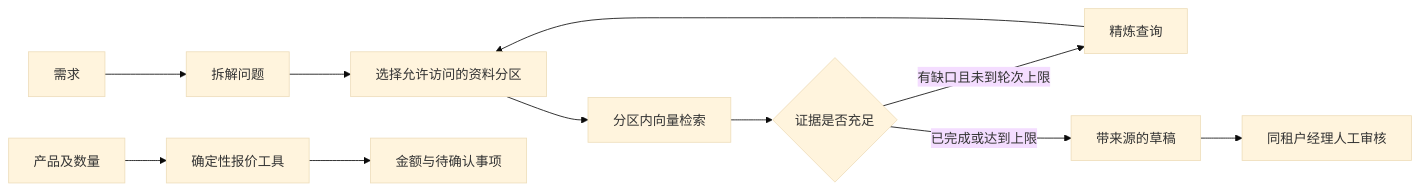
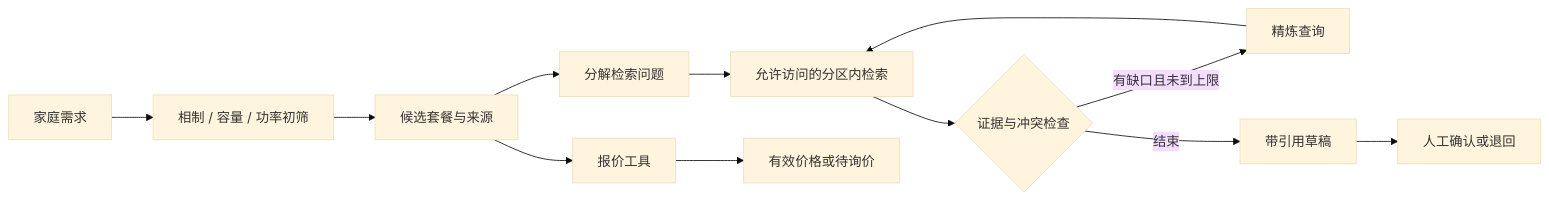
The diagram in README.md (Ethan071711/presales-research-agent), drawn with Mermaid (base theme) before and after one commit. The commit also changed other lines of this file and 40 other files, not shown here.

````diff
--- a/README.md
+++ b/README.md
@@ -21,13 +17,14 @@
 ```mermaid
 flowchart LR
- A[需求] --> B[拆解问题]
- B --> C[选择允许访问的资料分区]
- C --> D[分区内向量检索]
- D --> E{证据是否充足}
- E -- 有缺口且未到轮次上限 --> F[精炼查询]
- F --> C
- E -- 已完成或达到上限 --> G[带来源的草稿]
- G --> H[同租户经理人工审核]
- I[产品及数量] --> J[确定性报价工具]
- J --> K[金额与待确认事项]
+ A[家庭需求] --> B[相制 / 容量 / 功率初筛]
+ B --> C[候选套餐与来源]
+ C --> D[分解检索问题]
+ D --> E[允许访问的分区内检索]
+ E --> F{证据与冲突检查}
+ F -- 有缺口且未到上限 --> G[精炼查询]
+ G --> E
+ F -- 结束 --> H[带引用草稿]
+ H --> I[人工确认或退回]
+ C --> J[报价工具]
+ J --> K[有效价格或待询价]
 ```
````
